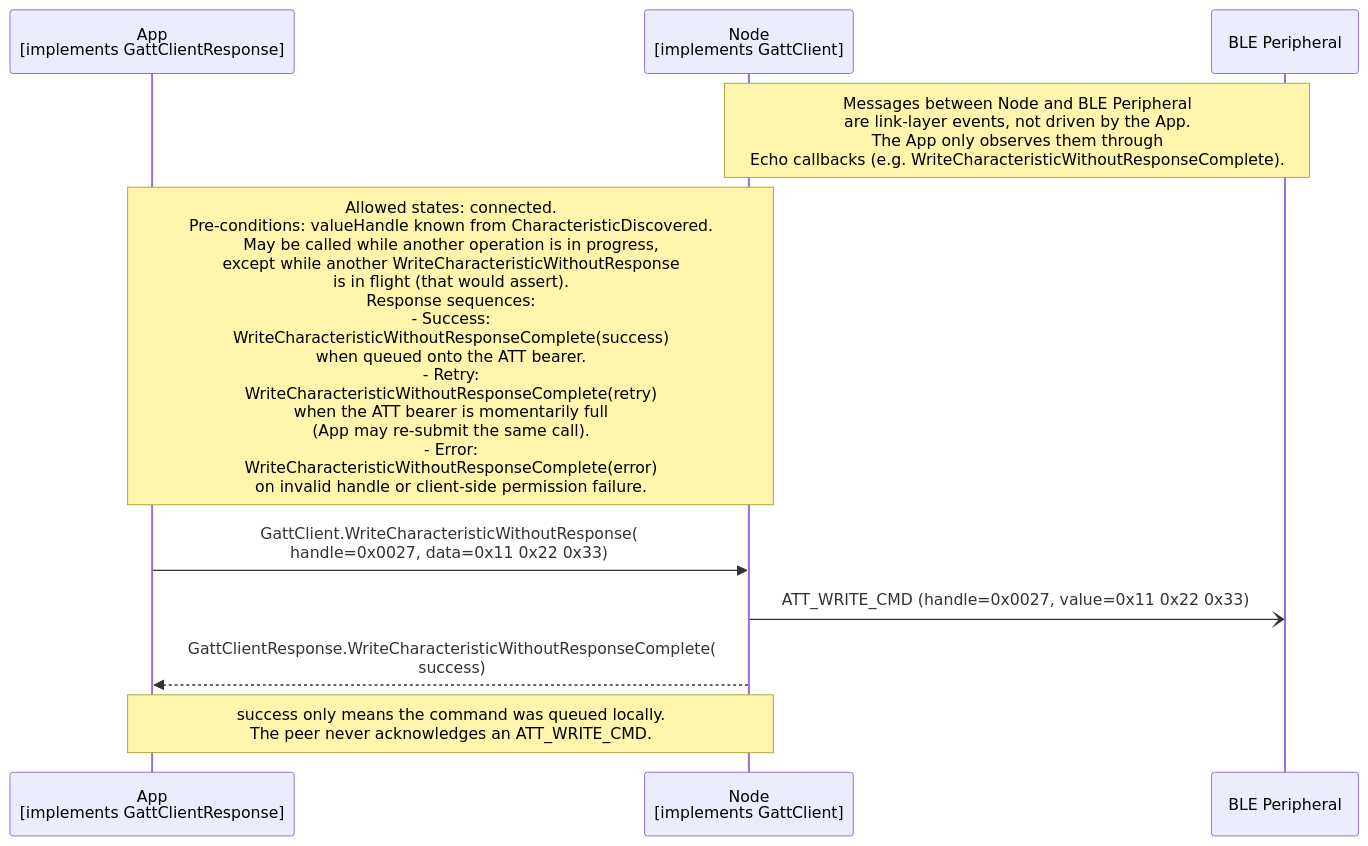
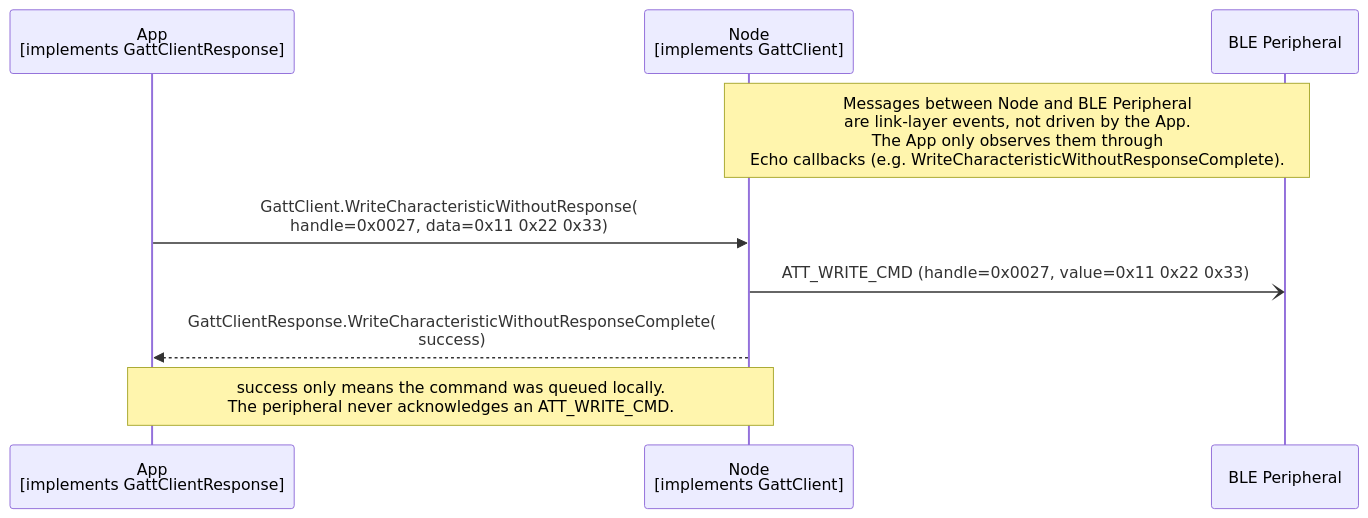
Before and after one commit to philips-software/amp-embedded-infra-lib: the diagram in documents/modules/ROOT/partials/echoservices/gatt_client/GattClient_WriteCharacteristicWithoutResponse_sequence.mmd, drawn with Mermaid. The commit also changed 16 other files, not shown here.

```diff
--- a/documents/modules/ROOT/partials/echoservices/gatt_client/GattClient_WriteCharacteristicWithoutResponse_sequence.mmd
+++ b/documents/modules/ROOT/partials/echoservices/gatt_client/GattClient_WriteCharacteristicWithoutResponse_sequence.mmd
@@ -1,12 +1,11 @@
 sequenceDiagram
     participant App as App<br>[implements GattClientResponse]
     participant Node as Node<br>[implements GattClient]
     participant Peripheral as BLE Peripheral
 
     Note over Node, Peripheral: Messages between Node and BLE Peripheral<br>are link-layer events, not driven by the App.<br>The App only observes them through<br>Echo callbacks (e.g. WriteCharacteristicWithoutResponseComplete).
-    Note over App, Node: Allowed states: connected.<br>Pre-conditions: valueHandle known from CharacteristicDiscovered.<br>May be called while another operation is in progress,<br>except while another WriteCharacteristicWithoutResponse<br>is in flight (that would assert).<br>Response sequences:<br>- Success:<br>  WriteCharacteristicWithoutResponseComplete(success)<br>  when queued onto the ATT bearer.<br>- Retry:<br>  WriteCharacteristicWithoutResponseComplete(retry)<br>  when the ATT bearer is momentarily full<br>  (App may re-submit the same call).<br>- Error:<br>  WriteCharacteristicWithoutResponseComplete(error)<br>  on invalid handle or client-side permission failure.
 
     App->>Node: GattClient.WriteCharacteristicWithoutResponse(<br>handle=0x0027, data=0x11 0x22 0x33)
     Node-)Peripheral: ATT_WRITE_CMD (handle=0x0027, value=0x11 0x22 0x33)
     Node-->>App: GattClientResponse.WriteCharacteristicWithoutResponseComplete(<br>success)
-    Note over App, Node: success only means the command was queued locally.<br>The peer never acknowledges an ATT_WRITE_CMD.
+    Note over App, Node: success only means the command was queued locally.<br>The peripheral never acknowledges an ATT_WRITE_CMD.
```
